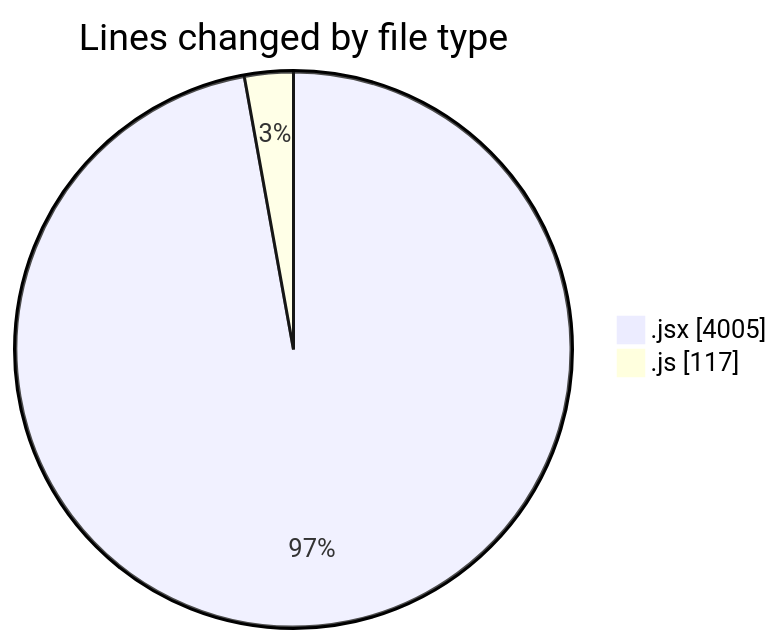
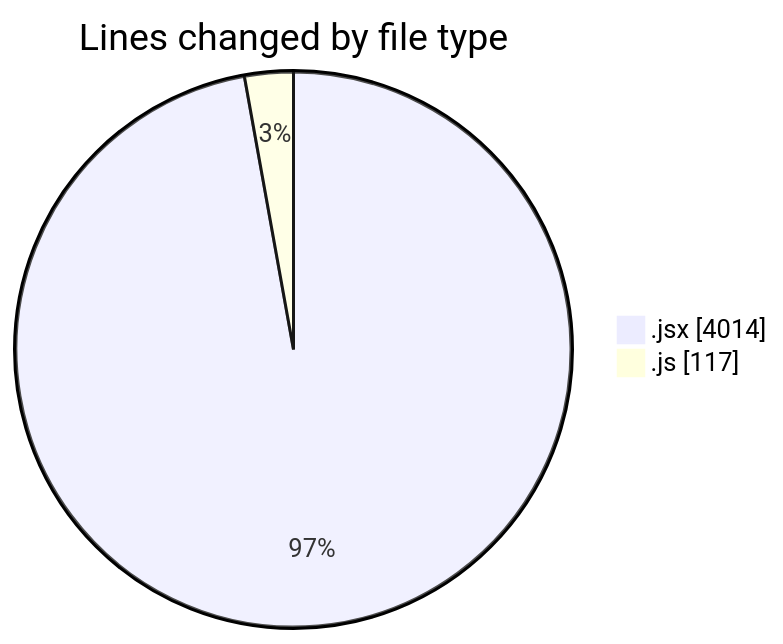
Before and after one commit to nxtqubesakshisongat/code-tracking: the first of 2 diagrams in 2026-01-12/nxtqube_webapp/README.md, drawn with Mermaid. The commit also changed other lines of this file and 1 other file, not shown here.

````diff
--- a/2026-01-12/nxtqube_webapp/README.md
+++ b/2026-01-12/nxtqube_webapp/README.md
@@ -28,6 +28,6 @@
 ```mermaid
 pie showData
 title Lines changed by file type
-".jsx" : 4005
+".jsx" : 4014
 ".js" : 117
 ```
````
